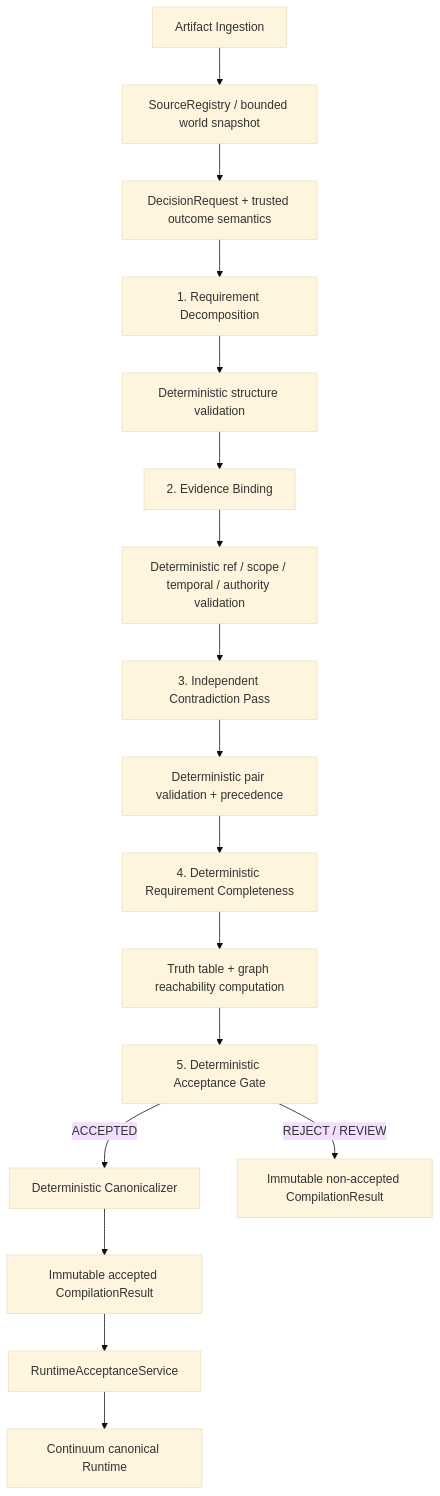
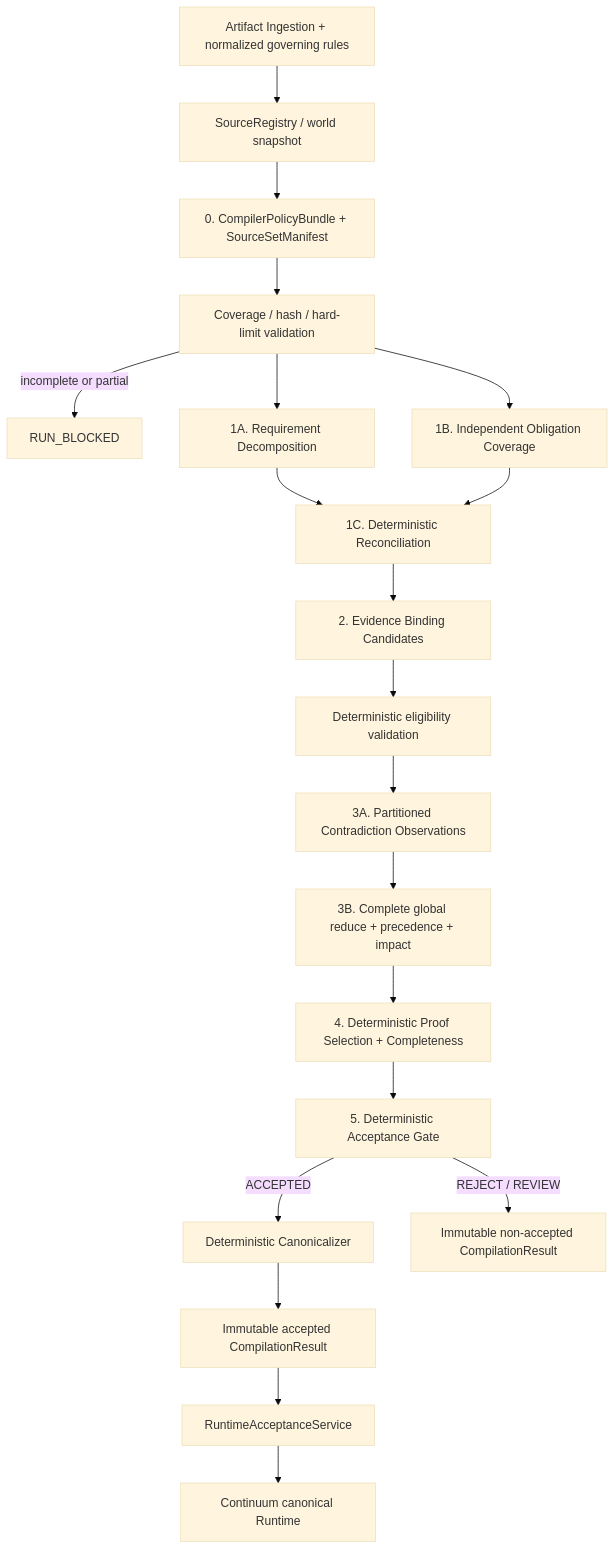
Before and after one commit to dabaitudiu/continuum: the first of 2 diagrams in docs/continuum_module_01_semantic_dependency_compiler/02_ARCHITECTURE.md, drawn with Mermaid (base theme). The commit also changed other lines of this file and 18 other files, not shown here.

Commit message:
docs: resolve option B architecture review blockers

````diff
--- a/docs/continuum_module_01_semantic_dependency_compiler/02_ARCHITECTURE.md
+++ b/docs/continuum_module_01_semantic_dependency_compiler/02_ARCHITECTURE.md
@@ -11,19 +11,22 @@
 ```mermaid
 flowchart TD
-    A[Artifact Ingestion] --> B[SourceRegistry / bounded world snapshot]
-    B --> C[DecisionRequest + trusted outcome semantics]
-    C --> D[1. Requirement Decomposition]
-    D --> D1[Deterministic structure validation]
-    D1 --> E[2. Evidence Binding]
-    E --> E1[Deterministic ref / scope / temporal / authority validation]
-    E1 --> F[3. Independent Contradiction Pass]
-    F --> F1[Deterministic pair validation + precedence]
-    F1 --> G[4. Deterministic Requirement Completeness]
-    G --> G1[Truth table + graph reachability computation]
-    G1 --> H[5. Deterministic Acceptance Gate]
-    H -->|ACCEPTED| I[Deterministic Canonicalizer]
-    H -->|REJECT / REVIEW| J[Immutable non-accepted CompilationResult]
-    I --> K[Immutable accepted CompilationResult]
-    K --> L[RuntimeAcceptanceService]
-    L --> M[Continuum canonical Runtime]
+    A[Artifact Ingestion + normalized governing rules] --> B[SourceRegistry / world snapshot]
+    B --> C[0. CompilerPolicyBundle + SourceSetManifest]
+    C --> C1[Coverage / hash / hard-limit validation]
+    C1 -->|incomplete or partial| RB[RUN_BLOCKED]
+    C1 --> D[1A. Requirement Decomposition]
+    C1 --> E[1B. Independent Obligation Coverage]
+    D --> F[1C. Deterministic Reconciliation]
+    E --> F
+    F --> G[2. Evidence Binding Candidates]
+    G --> G1[Deterministic eligibility validation]
+    G1 --> H[3A. Partitioned Contradiction Observations]
+    H --> H1[3B. Complete global reduce + precedence + impact]
+    H1 --> I[4. Deterministic Proof Selection + Completeness]
+    I --> J[5. Deterministic Acceptance Gate]
+    J -->|ACCEPTED| K[Deterministic Canonicalizer]
+    J -->|REJECT / REVIEW| L[Immutable non-accepted CompilationResult]
+    K --> M[Immutable accepted CompilationResult]
+    M --> N[RuntimeAcceptanceService]
+    N --> O[Continuum canonical Runtime]
 ```
````
